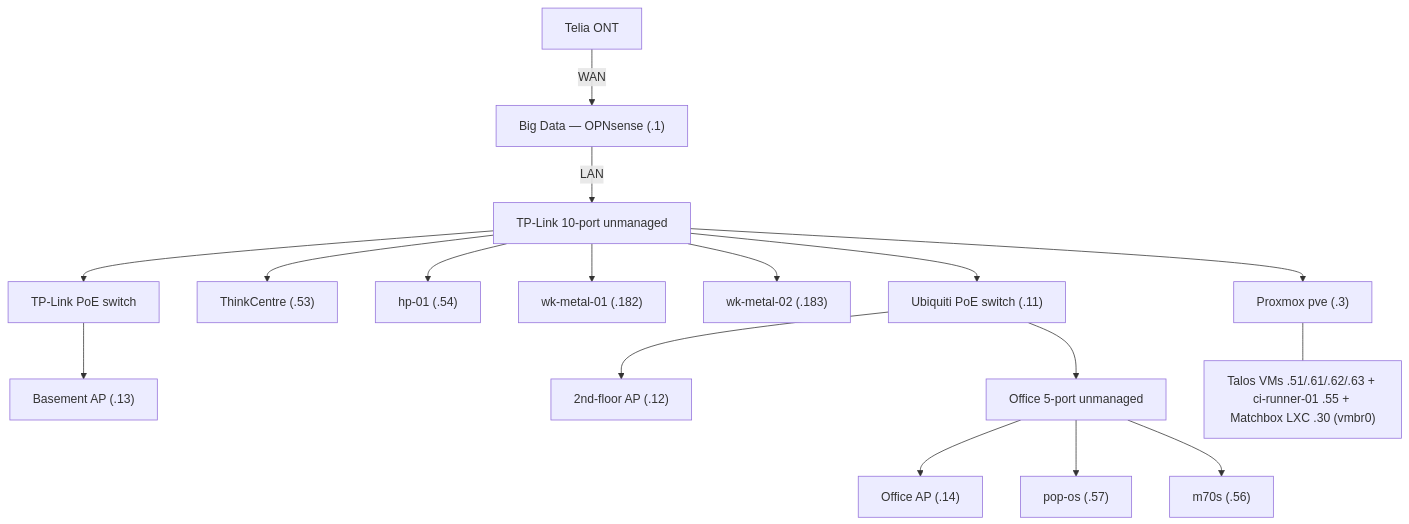
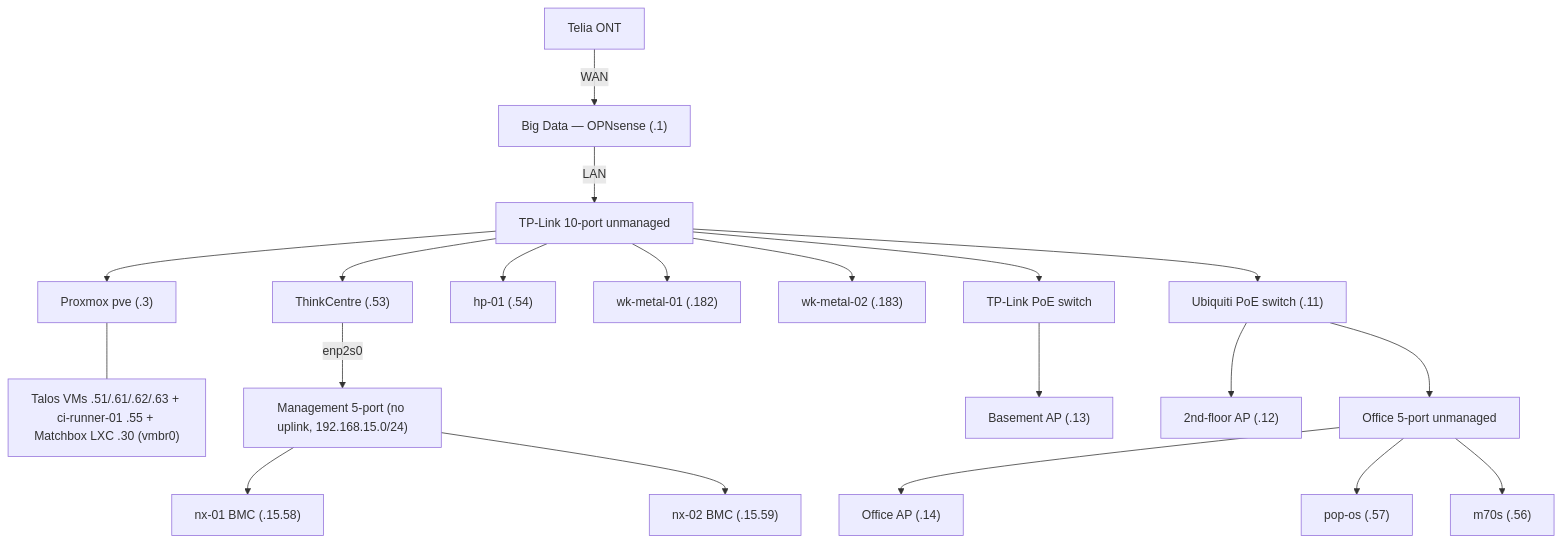
The diagram in docs/network-physical.md (teststuffstash/homelab), drawn with Mermaid before and after one commit. The commit also changed other lines of this file and 4 other files, not shown here.

First line of the commit message:
mgmt: management segment cable day done — drop the transition leg + the BMC DHCP reservations

````diff
--- a/docs/network-physical.md
+++ b/docs/network-physical.md
@@ -81,19 +84,22 @@
 ```mermaid
 graph TD
   ONT[Telia ONT] -->|WAN| OPN["Big Data — OPNsense (.1)"]
   OPN -->|LAN| SW10[TP-Link 10-port unmanaged]
   SW10 --> PVE["Proxmox pve (.3)"]
   SW10 --> TC["ThinkCentre (.53)"]
   SW10 --> HP["hp-01 (.54)"]
   SW10 --> WM1["wk-metal-01 (.182)"]
   SW10 --> WM2["wk-metal-02 (.183)"]
   SW10 --> POE1[TP-Link PoE switch]
   SW10 --> UBNT["Ubiquiti PoE switch (.11)"]
   POE1 --> APB["Basement AP (.13)"]
   UBNT --> AP2["2nd-floor AP (.12)"]
   UBNT --> SW5[Office 5-port unmanaged]
   SW5 --> APO["Office AP (.14)"]
   SW5 --> POP["pop-os (.57)"]
   SW5 --> M70S["m70s (.56)"]
+  TC -->|enp2s0| SWM["Management 5-port (no uplink, 192.168.15.0/24)"]
+  SWM --> BMC1["nx-01 BMC (.15.58)"]
+  SWM --> BMC2["nx-02 BMC (.15.59)"]
   PVE --- VMS["Talos VMs .51/.61/.62/.63 + ci-runner-01 .55 + Matchbox LXC .30 (vmbr0)"]
 ```
````
